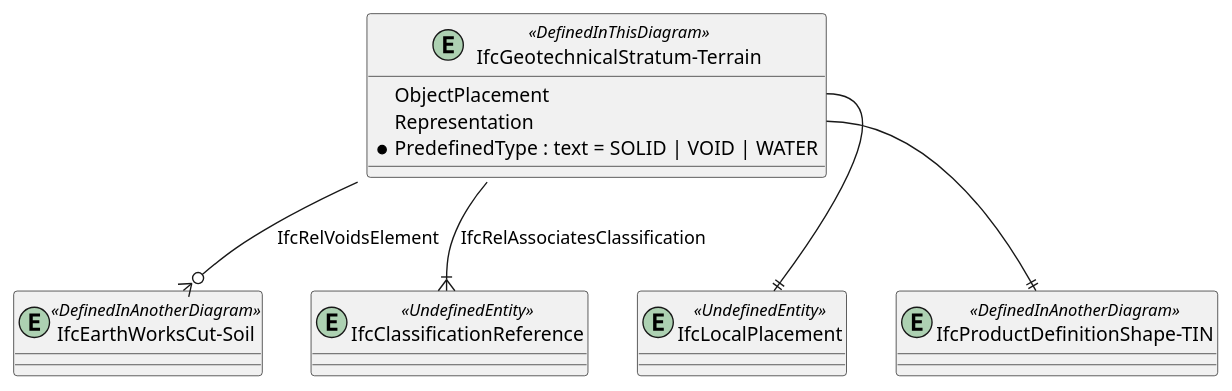
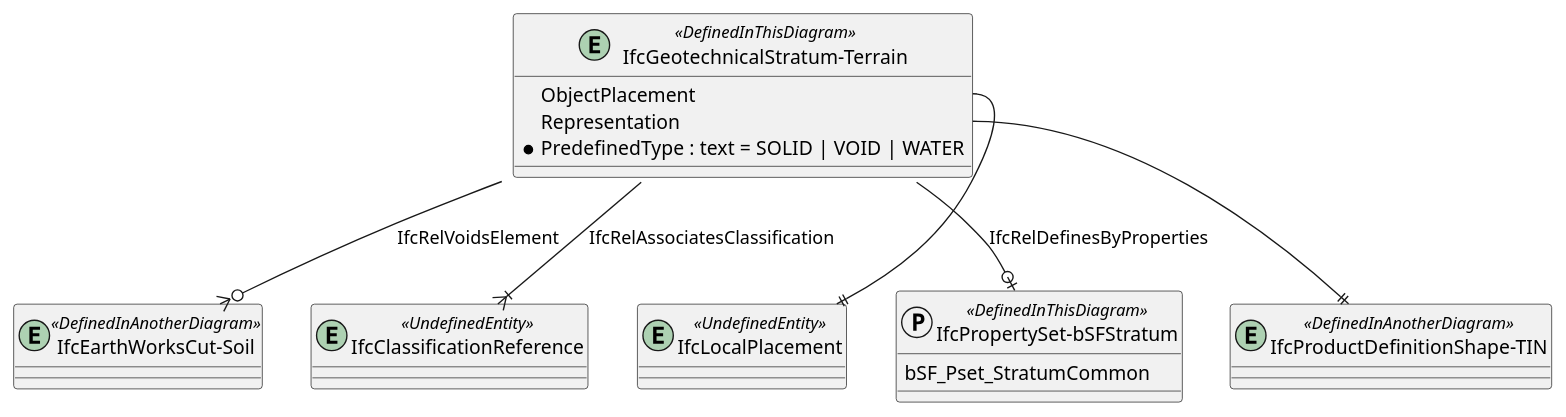
Before and after one commit to buildingSMART-Finland/RYTV-IFCRoute: the diagram in diagrams/bsf-IfcGeotechnicalStratum-Terrain.pu, drawn with PlantUML. The commit also changed 3 other files, not shown here.

```diff
--- a/diagrams/bsf-IfcGeotechnicalStratum-Terrain.pu
+++ b/diagrams/bsf-IfcGeotechnicalStratum-Terrain.pu
@@ -1,24 +1,30 @@
 @startuml 
 
 
 entity "IfcGeotechnicalStratum-Terrain" <<DefinedInThisDiagram>>
 {
   ObjectPlacement
   Representation
   *PredefinedType : text = SOLID | VOID | WATER
 }
 
 entity "IfcEarthWorksCut-Soil" <<DefinedInAnotherDiagram>>
 
 entity IfcClassificationReference <<UndefinedEntity>>
 "IfcGeotechnicalStratum-Terrain" --|{ IfcClassificationReference : IfcRelAssociatesClassification
 
 entity IfcLocalPlacement <<UndefinedEntity>>
 "IfcGeotechnicalStratum-Terrain::ObjectPlacement" --|| IfcLocalPlacement
 
+protocol "IfcPropertySet-bSFStratum" <<DefinedInThisDiagram>>
+{
+    bSF_Pset_StratumCommon
+}
+
+"IfcGeotechnicalStratum-Terrain" --o| "IfcPropertySet-bSFStratum" : IfcRelDefinesByProperties
 entity "IfcProductDefinitionShape-TIN" <<DefinedInAnotherDiagram>>
 "IfcGeotechnicalStratum-Terrain::Representation" --|| "IfcProductDefinitionShape-TIN"
 
 "IfcGeotechnicalStratum-Terrain" --o{ "IfcEarthWorksCut-Soil": IfcRelVoidsElement
 
 @enduml
```
